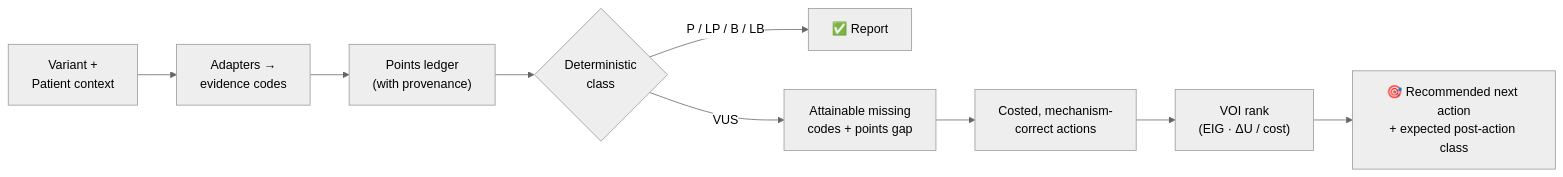
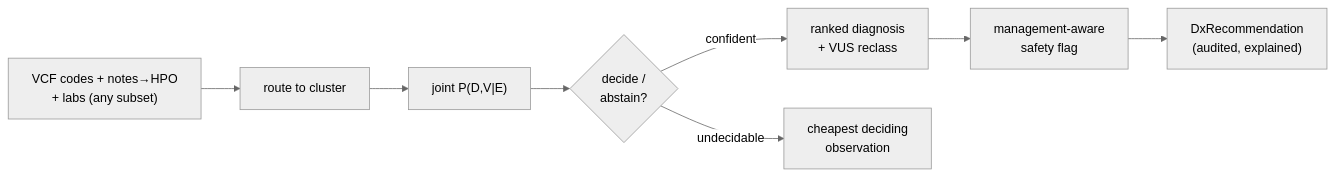
Before and after one commit to ahmedanees-m/omnivar-navigator: the second of 2 diagrams in README.md, drawn with Mermaid (neutral theme). The commit also changed other lines of this file and 3 other files, not shown here.

````diff
--- a/README.md
+++ b/README.md
@@ -81,11 +99,10 @@
 ```mermaid
 flowchart LR
-    V["Variant +<br/>Patient context"] --> ADP["Adapters →<br/>evidence codes"]
-    ADP --> LED["Points ledger<br/>(with provenance)"]
-    LED --> CLS{"Deterministic<br/>class"}
-    CLS -->|"P / LP / B / LB"| DONE["✅ Report"]
-    CLS -->|"VUS"| GAP["Attainable missing<br/>codes + points gap"]
-    GAP --> ACT["Costed, mechanism-<br/>correct actions"]
-    ACT --> RANK["VOI rank<br/>(EIG · ΔU / cost)"]
-    RANK --> OUT["🎯 Recommended next action<br/>+ expected post-action class"]
+    IN["VCF codes + notes→HPO<br/>+ labs (any subset)"] --> RT["route to cluster"]
+    RT --> J["joint P(D,V|E)"]
+    J --> AB{"decide /<br/>abstain?"}
+    AB -->|"confident"| DX["ranked diagnosis<br/>+ VUS reclass"]
+    AB -->|"undecidable"| OBS["cheapest deciding<br/>observation"]
+    DX --> SF["management-aware<br/>safety flag"]
+    SF --> OUT["DxRecommendation<br/>(audited, explained)"]
 ```
````
